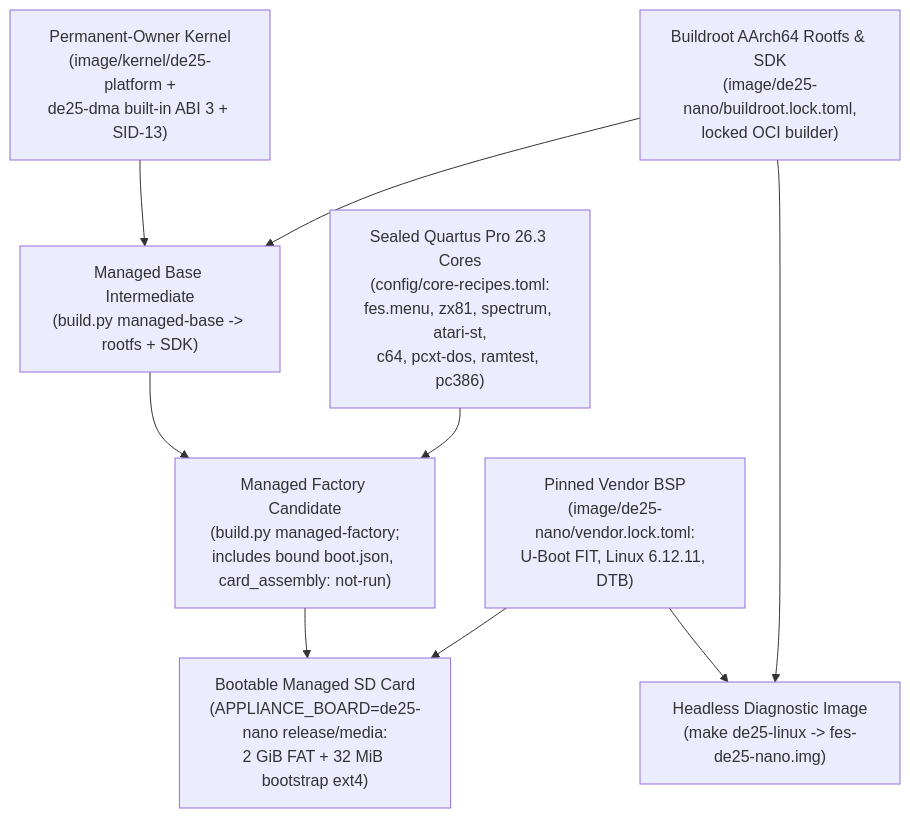
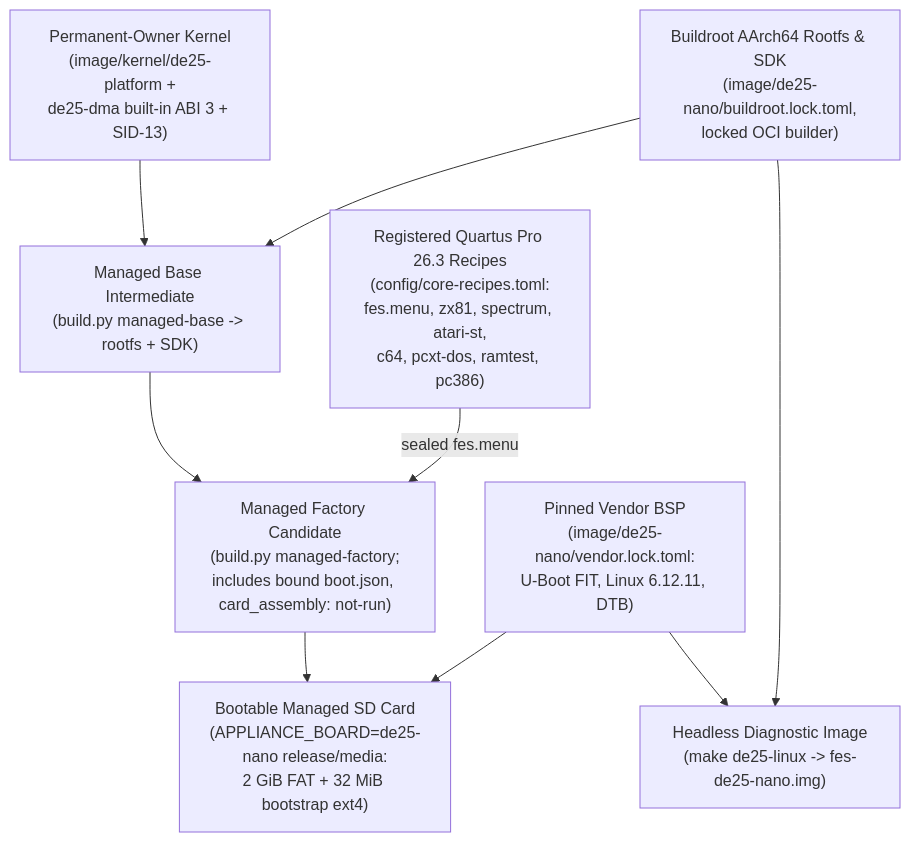
The first of 2 diagrams in docs/de25-linux.md (DeanoC/fes), drawn with Mermaid before and after one commit.

Commit message:
docs: distinguish registered DE25 recipes from sealed fes.menu input

````diff
--- a/docs/de25-linux.md
+++ b/docs/de25-linux.md
@@ -36,20 +36,20 @@
 ```mermaid
 flowchart TD
   Vendor["Pinned Vendor BSP\n(image/de25-nano/vendor.lock.toml:\nU-Boot FIT, Linux 6.12.11, DTB)"]
   Kernel["Permanent-Owner Kernel\n(image/kernel/de25-platform +\nde25-dma built-in ABI 3 + SID-13)"]
   BR["Buildroot AArch64 Rootfs & SDK\n(image/de25-nano/buildroot.lock.toml,\nlocked OCI builder)"]
-  Cores["Sealed Quartus Pro 26.3 Cores\n(config/core-recipes.toml:\nfes.menu, zx81, spectrum, atari-st,\nc64, pcxt-dos, ramtest, pc386)"]
+  Cores["Registered Quartus Pro 26.3 Recipes\n(config/core-recipes.toml:\nfes.menu, zx81, spectrum, atari-st,\nc64, pcxt-dos, ramtest, pc386)"]
   Headless["Headless Diagnostic Image\n(make de25-linux -> fes-de25-nano.img)"]
   Base["Managed Base Intermediate\n(build.py managed-base -> rootfs + SDK)"]
   Factory["Managed Factory Candidate\n(build.py managed-factory;\nincludes bound boot.json, card_assembly: not-run)"]
   Card["Bootable Managed SD Card\n(APPLIANCE_BOARD=de25-nano release/media:\n2 GiB FAT + 32 MiB bootstrap ext4)"]
 
   Vendor --> Headless
   BR --> Headless
   Kernel --> Base
   BR --> Base
   Base --> Factory
-  Cores --> Factory
+  Cores -->|"sealed fes.menu"| Factory
   Factory --> Card
   Vendor --> Card
 ```
````
